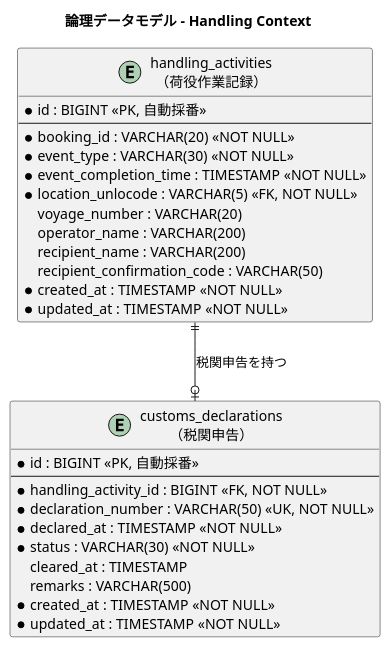
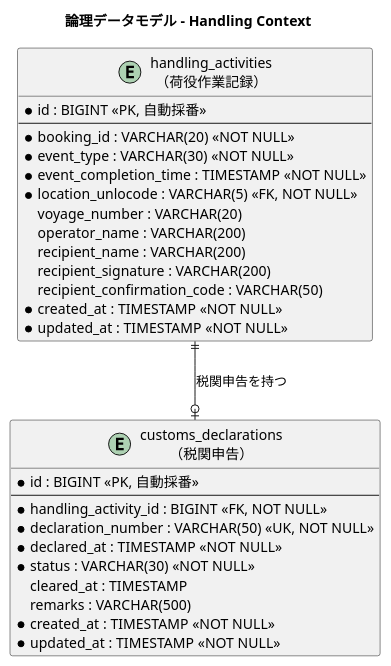
The seventh of 10 diagrams in docs/design/data-model.md (k2works/case-study-cargo-tracker), drawn with PlantUML before and after one commit. The commit also changed other lines of this file and 4 other files, not shown here.

````diff
--- a/docs/design/data-model.md
+++ b/docs/design/data-model.md
@@ -524,36 +524,37 @@
 ```plantuml
 @startuml
 title 論理データモデル - Handling Context
 
 entity "handling_activities\n（荷役作業記録）" as handling_activities {
   * id : BIGINT <<PK, 自動採番>>
   --
   * booking_id : VARCHAR(20) <<NOT NULL>>
   * event_type : VARCHAR(30) <<NOT NULL>>
   * event_completion_time : TIMESTAMP <<NOT NULL>>
   * location_unlocode : VARCHAR(5) <<FK, NOT NULL>>
   voyage_number : VARCHAR(20)
   operator_name : VARCHAR(200)
   recipient_name : VARCHAR(200)
+  recipient_signature : VARCHAR(200)
   recipient_confirmation_code : VARCHAR(50)
   * created_at : TIMESTAMP <<NOT NULL>>
   * updated_at : TIMESTAMP <<NOT NULL>>
 }
 
 entity "customs_declarations\n（税関申告）" as customs_declarations {
   * id : BIGINT <<PK, 自動採番>>
   --
   * handling_activity_id : BIGINT <<FK, NOT NULL>>
   * declaration_number : VARCHAR(50) <<UK, NOT NULL>>
   * declared_at : TIMESTAMP <<NOT NULL>>
   * status : VARCHAR(30) <<NOT NULL>>
   cleared_at : TIMESTAMP
   remarks : VARCHAR(500)
   * created_at : TIMESTAMP <<NOT NULL>>
   * updated_at : TIMESTAMP <<NOT NULL>>
 }
 
 handling_activities ||--o| customs_declarations : "税関申告を持つ"
 
 @enduml
 ```
````
